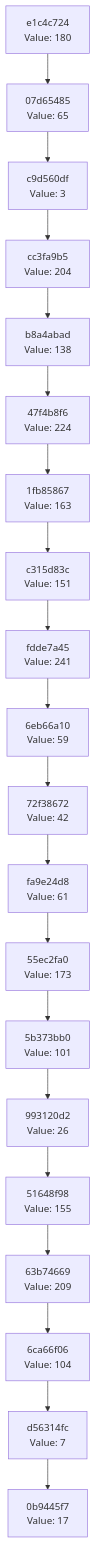
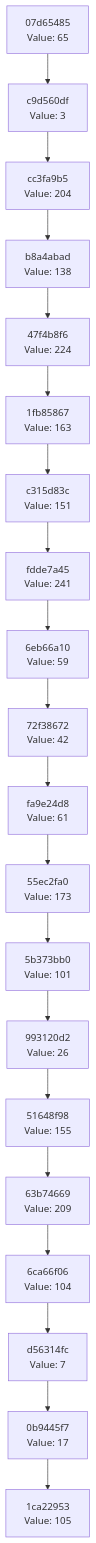
Before and after one commit to Abhisheksinha1506/hash-chain-evolver: the diagram in docs/CHAIN_VISUALIZATION.md, drawn with Mermaid. The commit also changed 3 other files, not shown here.

````diff
--- a/docs/CHAIN_VISUALIZATION.md
+++ b/docs/CHAIN_VISUALIZATION.md
@@ -3,42 +3,42 @@
 ```mermaid
 graph TD
-    C0["0b9445f7<br/>Value: 17"]
-    C1["d56314fc<br/>Value: 7"]
+    C0["1ca22953<br/>Value: 105"]
+    C1["0b9445f7<br/>Value: 17"]
     C1 --> C0
-    C2["6ca66f06<br/>Value: 104"]
+    C2["d56314fc<br/>Value: 7"]
     C2 --> C1
-    C3["63b74669<br/>Value: 209"]
+    C3["6ca66f06<br/>Value: 104"]
     C3 --> C2
-    C4["51648f98<br/>Value: 155"]
+    C4["63b74669<br/>Value: 209"]
     C4 --> C3
-    C5["993120d2<br/>Value: 26"]
+    C5["51648f98<br/>Value: 155"]
     C5 --> C4
-    C6["5b373bb0<br/>Value: 101"]
+    C6["993120d2<br/>Value: 26"]
     C6 --> C5
-    C7["55ec2fa0<br/>Value: 173"]
+    C7["5b373bb0<br/>Value: 101"]
     C7 --> C6
-    C8["fa9e24d8<br/>Value: 61"]
+    C8["55ec2fa0<br/>Value: 173"]
     C8 --> C7
-    C9["72f38672<br/>Value: 42"]
+    C9["fa9e24d8<br/>Value: 61"]
     C9 --> C8
-    C10["6eb66a10<br/>Value: 59"]
+    C10["72f38672<br/>Value: 42"]
     C10 --> C9
-    C11["fdde7a45<br/>Value: 241"]
+    C11["6eb66a10<br/>Value: 59"]
     C11 --> C10
-    C12["c315d83c<br/>Value: 151"]
+    C12["fdde7a45<br/>Value: 241"]
     C12 --> C11
-    C13["1fb85867<br/>Value: 163"]
+    C13["c315d83c<br/>Value: 151"]
     C13 --> C12
-    C14["47f4b8f6<br/>Value: 224"]
+    C14["1fb85867<br/>Value: 163"]
     C14 --> C13
-    C15["b8a4abad<br/>Value: 138"]
+    C15["47f4b8f6<br/>Value: 224"]
     C15 --> C14
-    C16["cc3fa9b5<br/>Value: 204"]
+    C16["b8a4abad<br/>Value: 138"]
     C16 --> C15
-    C17["c9d560df<br/>Value: 3"]
+    C17["cc3fa9b5<br/>Value: 204"]
     C17 --> C16
-    C18["07d65485<br/>Value: 65"]
+    C18["c9d560df<br/>Value: 3"]
     C18 --> C17
-    C19["e1c4c724<br/>Value: 180"]
+    C19["07d65485<br/>Value: 65"]
     C19 --> C18
 ```
````
